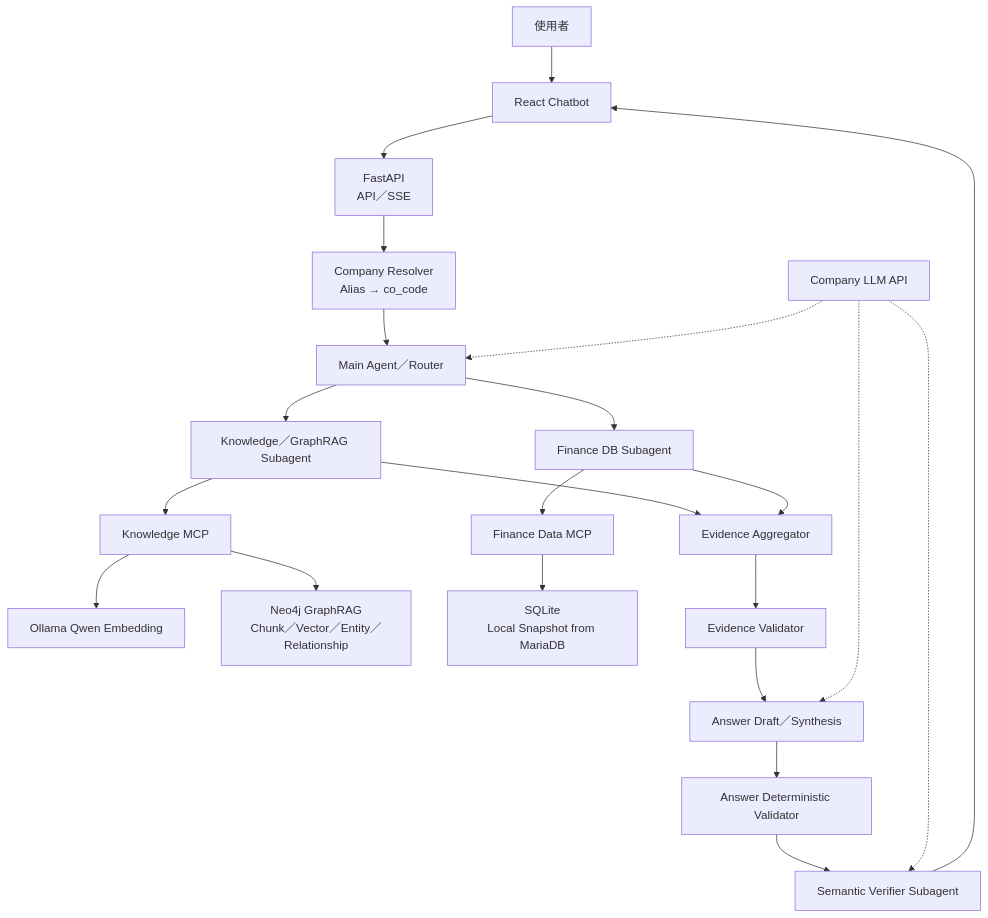
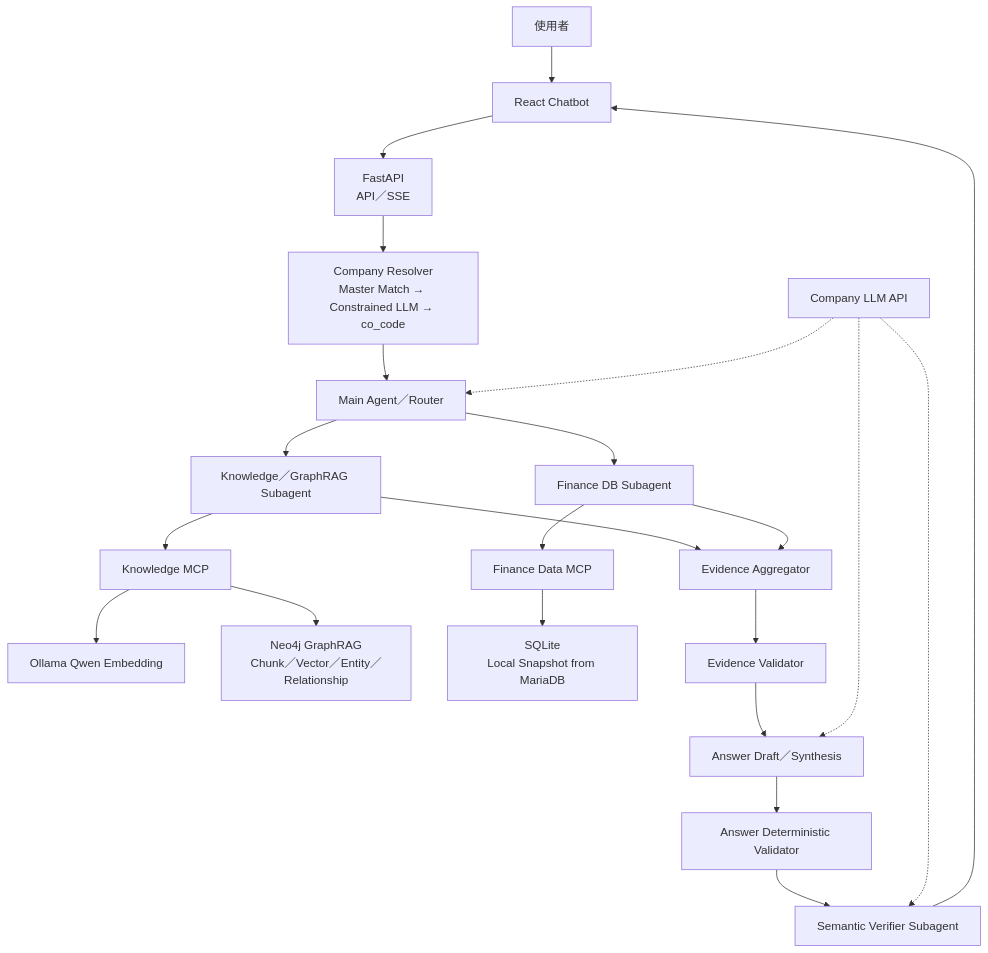
One commit to BoBoJhong/fin_poc changed the first of 9 diagrams in ARCHITECTURE.md. Above: the diagram before and after it, drawn with Mermaid. The commit also changed other lines of this file and 20 other files, not shown here.

````diff
--- a/ARCHITECTURE.md
+++ b/ARCHITECTURE.md
@@ -28,28 +28,28 @@
 ```mermaid
 flowchart TB
     U["使用者"] --> R["React Chatbot"]
     R --> F["FastAPI<br/>API／SSE"]
-    F --> CR["Company Resolver<br/>Alias → co_code"]
+    F --> CR["Company Resolver<br/>Master Match → Constrained LLM → co_code"]
     CR --> MA["Main Agent／Router"]
 
     MA --> KG["Knowledge／GraphRAG Subagent"]
     MA --> FD["Finance DB Subagent"]
     KG --> KM["Knowledge MCP"]
     FD --> FM["Finance Data MCP"]
 
     KM --> O["Ollama Qwen Embedding"]
     KM --> N["Neo4j GraphRAG<br/>Chunk／Vector／Entity／Relationship"]
     FM --> S["SQLite<br/>Local Snapshot from MariaDB"]
 
     KG --> E["Evidence Aggregator"]
     FD --> E
     E --> EV["Evidence Validator"]
     EV --> AS["Answer Draft／Synthesis"]
     AS --> AV["Answer Deterministic Validator"]
     AV --> VS["Semantic Verifier Subagent"]
     VS --> R
 
     C["Company LLM API"] -.-> MA
     C -.-> VS
     C -.-> AS
 ```
````
